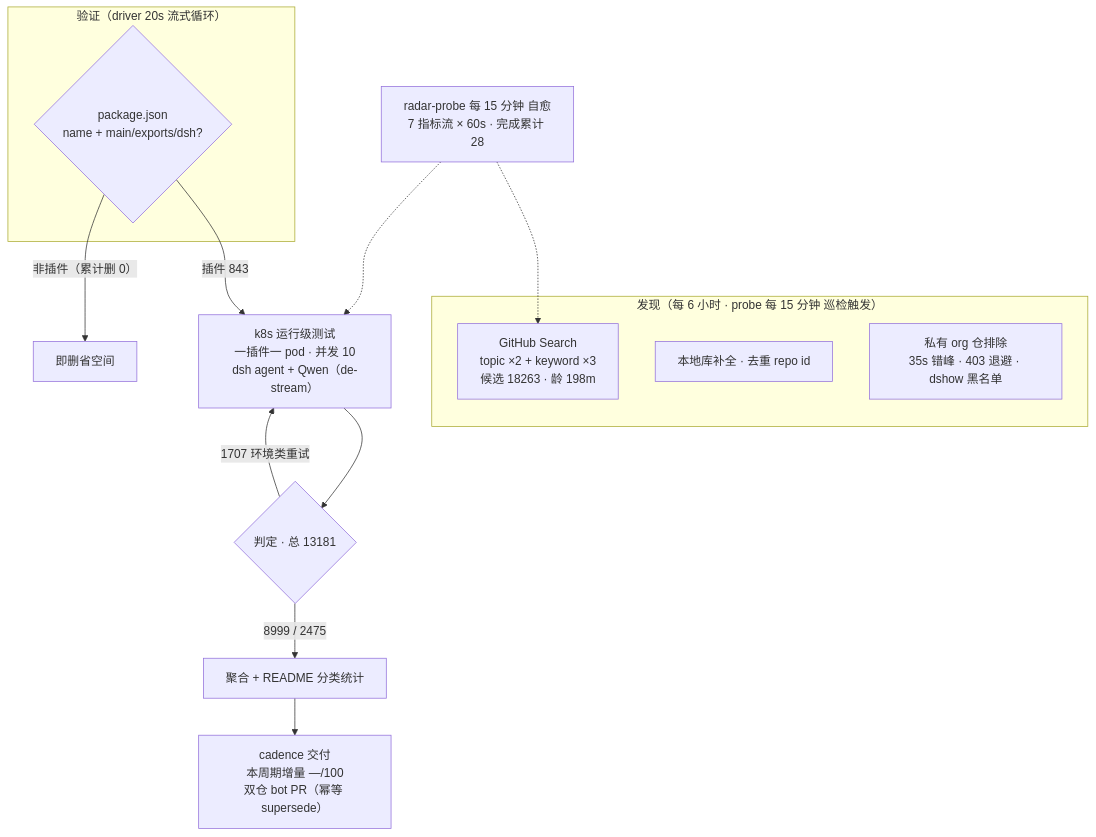
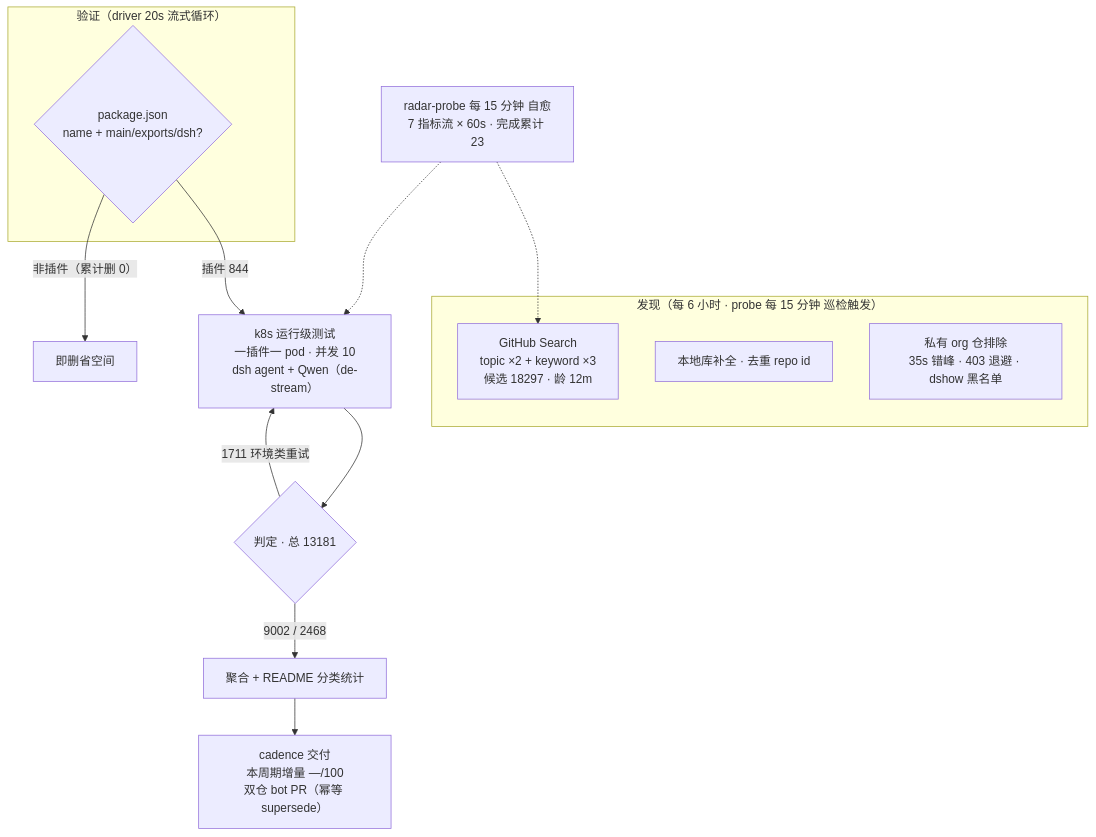
The diagram in README.md (AdamPlatin123/awesome-dsh-plugins), drawn with Mermaid before and after one commit. The commit also changed other lines of this file and 5 other files, not shown here.

````diff
--- a/README.md
+++ b/README.md
@@ -52,20 +52,20 @@
 ```mermaid
 flowchart TB
     subgraph Discovery["发现（每 6 小时 · probe 每 15 分钟 巡检触发）"]
-        A1["GitHub Search<br/>topic ×2 + keyword ×3<br/>候选 18263 · 龄 198m"]
+        A1["GitHub Search<br/>topic ×2 + keyword ×3<br/>候选 18297 · 龄 12m"]
         A2["本地库补全 · 去重 repo id"]
         A3["私有 org 仓排除<br/>35s 错峰 · 403 退避 · dshow 黑名单"]
     end
     subgraph Validation["验证（driver 20s 流式循环）"]
         B1{"package.json<br/>name + main/exports/dsh?"}
     end
-    B1 -->|"插件 843"| C1["k8s 运行级测试<br/>一插件一 pod · 并发 10<br/>dsh agent + Qwen（de-stream）"]
+    B1 -->|"插件 844"| C1["k8s 运行级测试<br/>一插件一 pod · 并发 10<br/>dsh agent + Qwen（de-stream）"]
     B1 -->|"非插件（累计删 0）"| B3["即删省空间"]
     C1 --> D1{"判定 · 总 13181"}
-    D1 -->|"8999 / 2475"| E1["聚合 + README 分类统计"]
-    D1 -->|"1707 环境类重试"| C1
+    D1 -->|"9002 / 2468"| E1["聚合 + README 分类统计"]
+    D1 -->|"1711 环境类重试"| C1
     E1 --> E2["cadence 交付<br/>本周期增量 —/100<br/>双仓 bot PR（幂等 supersede）"]
-    M["radar-probe 每 15 分钟 自愈<br/>7 指标流 × 60s · 完成累计 28"]
+    M["radar-probe 每 15 分钟 自愈<br/>7 指标流 × 60s · 完成累计 23"]
     M -.-> A1
     M -.-> C1
 ```
````
